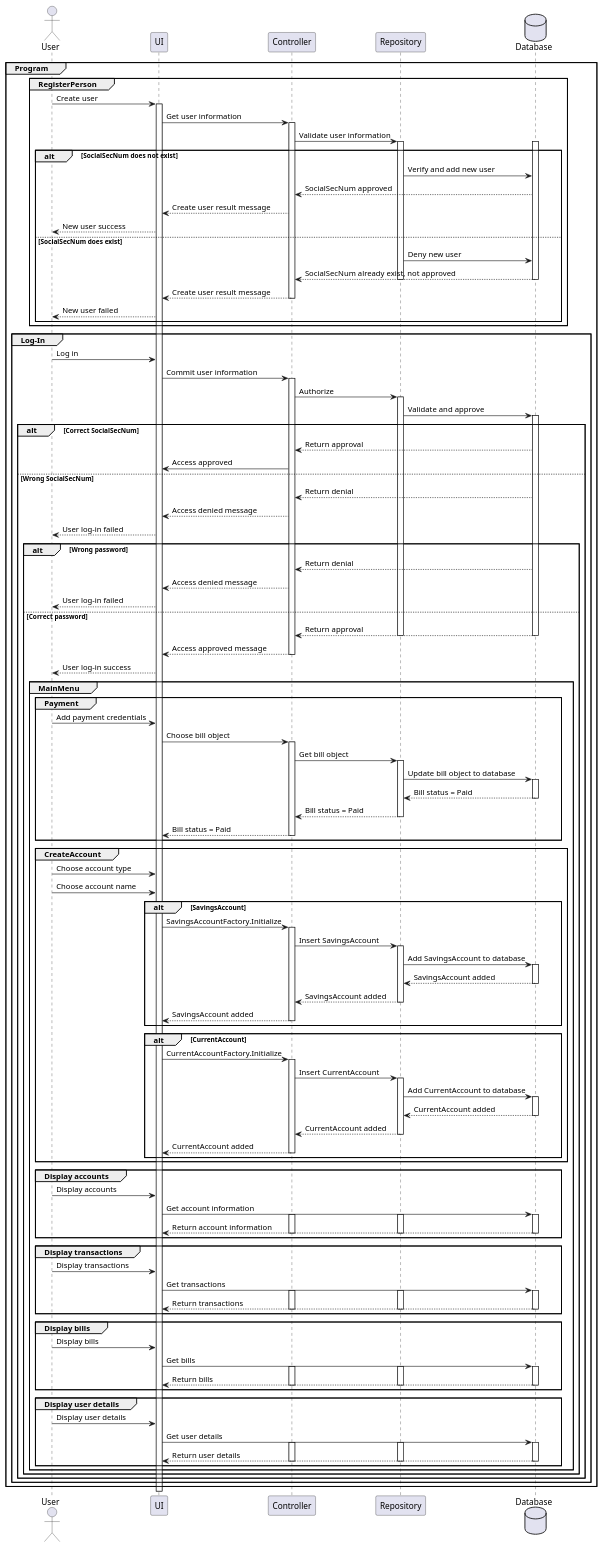
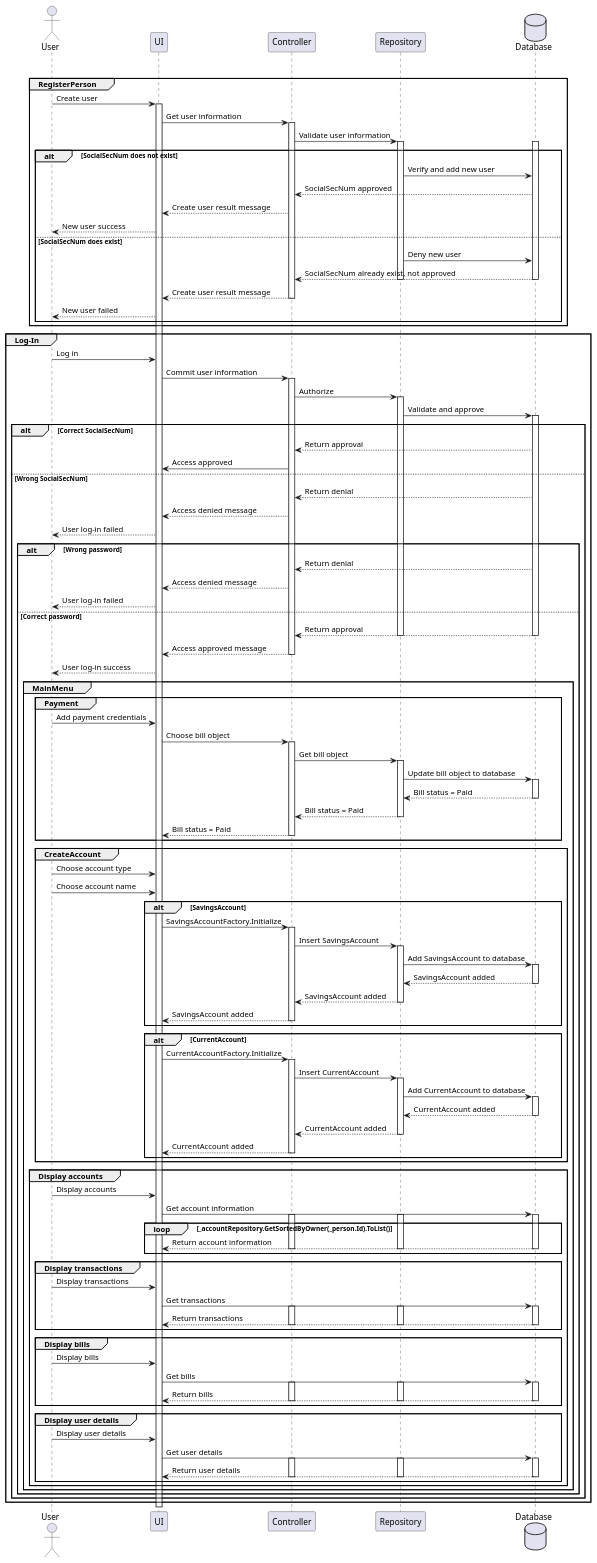
Before and after one commit to runejac/PG3302Eksamen: the diagram in PG3302Eksamen/Assets/Sequence.puml, drawn with PlantUML. The commit also changed 6 other files, not shown here.

```diff
--- a/PG3302Eksamen/Assets/Sequence.puml
+++ b/PG3302Eksamen/Assets/Sequence.puml
@@ -1,175 +1,177 @@
 @startuml
 
 actor User 
 participant UI
 participant Controller
 participant Repository
 database Database
 
 group Program
 group RegisterPerson
 User -> UI : Create user
 activate UI
 UI -> Controller : Get user information
 activate Controller
 Controller -> Repository : Validate user information
 activate Repository
 activate Database
 
 alt SocialSecNum does not exist
 Repository -> Database : Verify and add new user 
 Controller <-- Database : SocialSecNum approved
 UI <-- Controller : Create user result message
 User <-- UI : New user success
 else SocialSecNum does exist
 Repository -> Database : Deny new user
 Controller <-- Database  : SocialSecNum already exist, not approved
 deactivate Database
 deactivate Repository
 UI <-- Controller : Create user result message
 deactivate Controller
 User <-- UI : New user failed
 end
 end
 
 group Log-In
 User -> UI : Log in
 UI -> Controller : Commit user information
 activate Controller
 Controller -> Repository : Authorize
 activate Repository
 Repository -> Database : Validate and approve
 activate Database
 
 alt Correct SocialSecNum
 Controller <-- Database : Return approval
 Controller -> UI : Access approved
 
 else Wrong SocialSecNum
 Controller <-- Database : Return denial
 UI <-- Controller : Access denied message
 User <-- UI : User log-in failed
 
 alt Wrong password
 Controller <-- Database : Return denial
 UI <-- Controller : Access denied message
 User <-- UI : User log-in failed
 
 else Correct password
 Controller <-- Database : Return approval
 deactivate Repository
 deactivate Database
 UI <-- Controller : Access approved message
 deactivate Controller
 User <-- UI : User log-in success
 
 group MainMenu
 
 group Payment
 User -> UI : Add payment credentials
 UI -> Controller : Choose bill object
 activate Controller
 Controller -> Repository : Get bill object
 activate Repository
 Repository -> Database : Update bill object to database
 activate Database
 Database --> Repository : Bill status = Paid
 deactivate Database
 Repository --> Controller : Bill status = Paid
 deactivate Repository
 Controller --> UI : Bill status = Paid
 deactivate Controller
 end
 
 group CreateAccount
 User -> UI : Choose account type
 User -> UI : Choose account name
 
 alt SavingsAccount
 UI -> Controller : SavingsAccountFactory.Initialize
 activate Controller
 Controller -> Repository : Insert SavingsAccount
 activate Repository
 Repository -> Database : Add SavingsAccount to database
 activate Database
 Database --> Repository : SavingsAccount added
 deactivate Database
 Repository --> Controller : SavingsAccount added
 deactivate Repository
 Controller --> UI : SavingsAccount added
 deactivate Controller
 end
 
 alt CurrentAccount
 UI -> Controller : CurrentAccountFactory.Initialize
 activate Controller
 Controller -> Repository : Insert CurrentAccount
 activate Repository
 Repository -> Database : Add CurrentAccount to database
 activate Database
 Database --> Repository : CurrentAccount added
 deactivate Database
 Repository --> Controller : CurrentAccount added
 deactivate Repository
 Controller --> UI : CurrentAccount added
 deactivate Controller
 end
 end
 
 group Display accounts
 User -> UI : Display accounts
 UI -> Database : Get account information
+/'For å vise loop, det loopes også i de andre display metodene.'/
+loop _accountRepository.GetSortedByOwner(_person.Id).ToList()
 activate Database
 activate Repository
 activate Controller
 Database --> UI: Return account information
 deactivate Controller
 deactivate Repository
 deactivate Database
 end
 
 group Display transactions
 User -> UI : Display transactions
 UI -> Database : Get transactions 
 activate Database
 activate Repository
 activate Controller
 Database --> UI: Return transactions 
 deactivate Controller
 deactivate Repository
 deactivate Database
 end
 
 group Display bills
 User -> UI : Display bills
 UI -> Database : Get bills
 activate Database
 activate Repository
 activate Controller
 Database --> UI: Return bills
 deactivate Controller
 deactivate Repository
 deactivate Database
 end
 
 group Display user details
 User -> UI : Display user details
 UI -> Database : Get user details
 activate Database
 activate Repository
 activate Controller
 Database --> UI: Return user details
 deactivate Controller
 deactivate Repository
 deactivate Database
 end
 
 
 end
 end
 end
 end
 end
 
 
 @enduml
```
